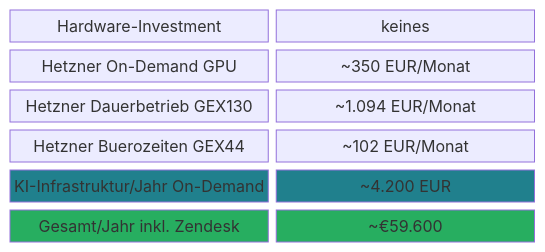
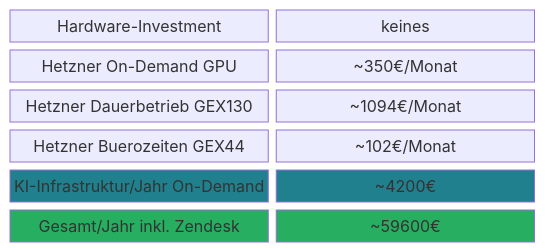
Before and after one commit to tekknix/zendesk-ai: the eighth of 11 diagrams in readme.md, drawn with Mermaid. The commit also changed other lines of this file, not shown here.

````diff
--- a/readme.md
+++ b/readme.md
@@ -163,15 +163,15 @@
 ```mermaid
 block-beta
     columns 2
     A["Hardware-Investment"]:1 B["keines"]:1
-    C["Hetzner On-Demand GPU"]:1 D["~350 EUR/Monat"]:1
-    E["Hetzner Dauerbetrieb GEX130"]:1 F["~1.094 EUR/Monat"]:1
-    G["Hetzner Buerozeiten GEX44"]:1 H["~102 EUR/Monat"]:1
-    I["KI-Infrastruktur/Jahr On-Demand"]:1 J["~4.200 EUR"]:1
-    K["Gesamt/Jahr inkl. Zendesk"]:1 L["~€59.600"]:1
+    C["Hetzner On-Demand GPU"]:1 D["~350€/Monat"]:1
+    E["Hetzner Dauerbetrieb GEX130"]:1 F["~1094€/Monat"]:1
+    G["Hetzner Buerozeiten GEX44"]:1 H["~102€/Monat"]:1
+    I["KI-Infrastruktur/Jahr On-Demand"]:1 J["~4200€"]:1
+    K["Gesamt/Jahr inkl. Zendesk"]:1 L["~59600€"]:1
 
     style I fill:#20808D,color:#fff
     style J fill:#20808D,color:#fff
     style K fill:#27AE60,color:#fff
     style L fill:#27AE60,color:#fff
 ```
````
